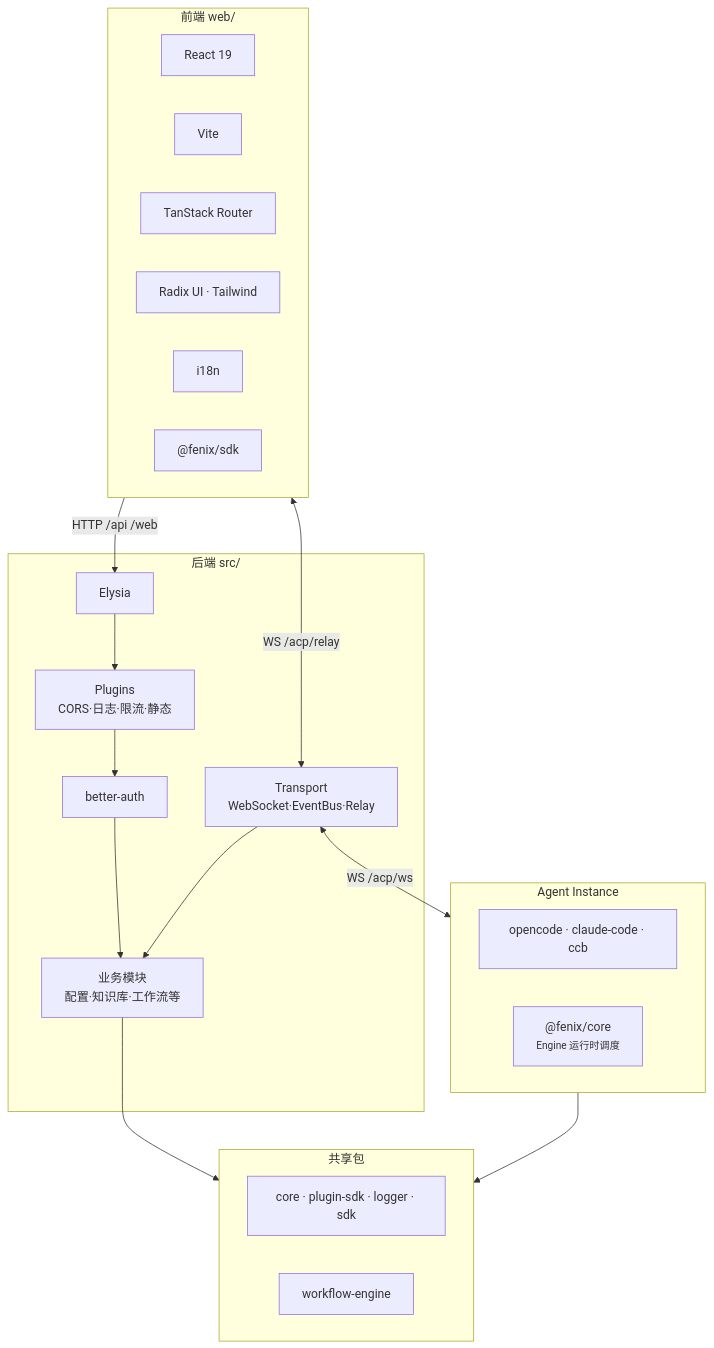
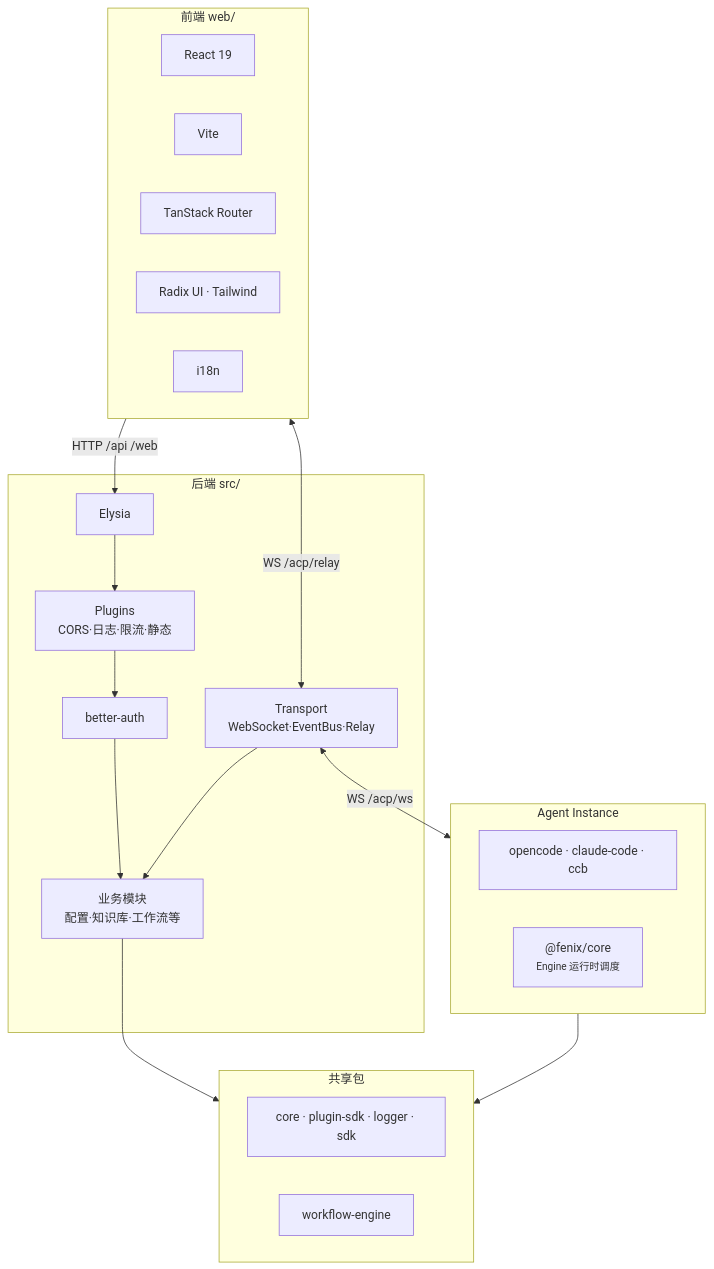
Before and after one commit to HuangPuStar/FenixAgent: the first of 4 diagrams in docs/arch/tech-stack-overview.md, drawn with Mermaid. The commit also changed 4 other files, not shown here.

First line of the commit message:
docs: 清理所有 @fenix/sdk 关联引用

````diff
--- a/docs/arch/tech-stack-overview.md
+++ b/docs/arch/tech-stack-overview.md
@@ -22,40 +22,39 @@
 ```mermaid
 flowchart TB
     subgraph FE["前端 web/"]
         direction LR
         REACT["React 19"]
         VITE["Vite"]
         ROUTER["TanStack Router"]
         RADIX["Radix UI · Tailwind"]
         I18N["i18n"]
-        SDK["@fenix/sdk"]
     end
 
     subgraph BE["后端 src/"]
         ELYSIA["Elysia"]
         AUTH["better-auth"]
         PLUGINS["Plugins<br/>CORS·日志·限流·静态"]
         SERVICES["业务模块<br/>配置·知识库·工作流等"]
         TRANSPORT["Transport<br/>WebSocket·EventBus·Relay"]
     end
 
     subgraph INSTANCE["Agent Instance"]
         RUNTIME["opencode · claude-code · ccb"]
         CORECFG["@fenix/core<br/><small>Engine 运行时调度</small>"]
     end
 
     subgraph DEPS["共享包"]
         CORE["core · plugin-sdk · logger · sdk"]
         WF["workflow-engine"]
     end
 
     FE -->|"HTTP /api /web"| ELYSIA
     FE <-->|"WS /acp/relay"| TRANSPORT
     ELYSIA --> PLUGINS
     PLUGINS --> AUTH
     AUTH --> SERVICES
     SERVICES --> DEPS
     TRANSPORT <-->|"WS /acp/ws"| INSTANCE
     TRANSPORT --> SERVICES
     INSTANCE --> DEPS
 ```
````
